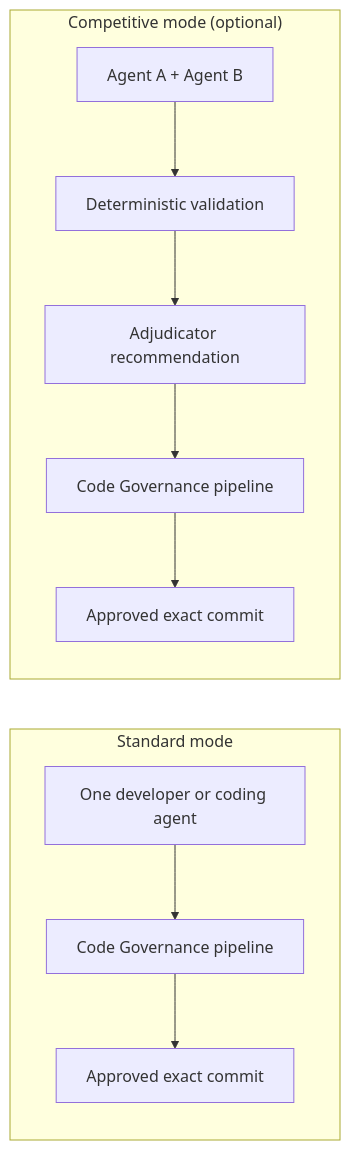
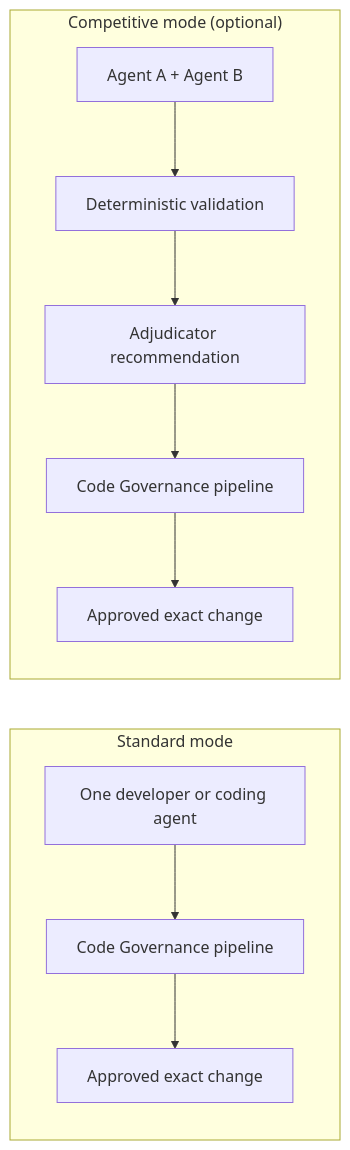
Before and after one commit to rasaha/symbolu: the second of 4 diagrams in UGENCE_CODE_GOVERNANCE_DESIGN_SPEC.md, drawn with Mermaid. The commit also changed other lines of this file, not shown here.

First line of the commit message:
docs: correct Code Governance provider model and contract mapping (v0.2)

````diff
--- a/UGENCE_CODE_GOVERNANCE_DESIGN_SPEC.md
+++ b/UGENCE_CODE_GOVERNANCE_DESIGN_SPEC.md
@@ -143,9 +200,9 @@
 ```mermaid
 flowchart LR
     subgraph STD["Standard mode"]
-      A1["One developer or coding agent"] --> P1["Code Governance pipeline"] --> C1["Approved exact commit"]
+      A1["One developer or coding agent"] --> P1["Code Governance pipeline"] --> C1["Approved exact change"]
     end
     subgraph COMP["Competitive mode (optional)"]
-      A2["Agent A + Agent B"] --> V2["Deterministic validation"] --> J2["Adjudicator recommendation"] --> P2["Code Governance pipeline"] --> C2["Approved exact commit"]
+      A2["Agent A + Agent B"] --> V2["Deterministic validation"] --> J2["Adjudicator recommendation"] --> P2["Code Governance pipeline"] --> C2["Approved exact change"]
     end
 ```
````
